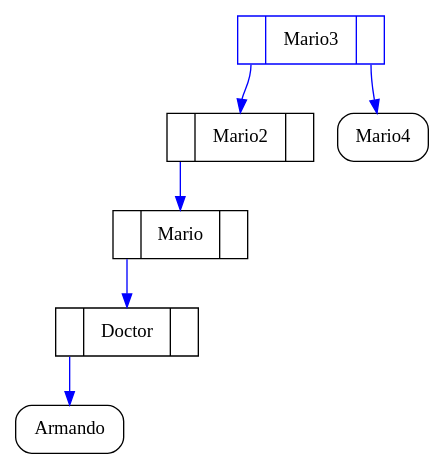
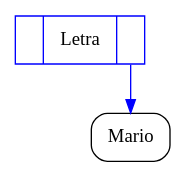
One commit to LuisRivera96/Proyecto1_EDD_USAC changed the diagram in DOT-Images/ABB.dot. Above: the diagram before and after it, drawn with Graphviz. The commit also changed 18 other files, not shown here.

```diff
--- a/DOT-Images/ABB.dot
+++ b/DOT-Images/ABB.dot
@@ -1,14 +1,7 @@
 digraph ABB{
 compound=true;
 node[shape="Mrecord"];
-Mario3:fMario3[id=Mario3, color="blue"]; 
-Mario3[label=" <NMario3I>  | <fMario3> Mario3\n | <fMario3D> " shape="record"];
-"Mario3" : NMario3I ->  Mario2:fMario2[id=Mario2, color="blue"]; 
-Mario2[label=" <NMario2I>  | <fMario2> Mario2\n | <fMario2D> " shape="record"];
-"Mario2" : NMario2I ->  Mario:fMario[id=Mario, color="blue"]; 
-Mario[label=" <NMarioI>  | <fMario> Mario\n | <fMarioD> " shape="record"];
-"Mario" : NMarioI ->  Doctor:fDoctor[id=Doctor, color="blue"]; 
-Doctor[label=" <NDoctorI>  | <fDoctor> Doctor\n | <fDoctorD> " shape="record"];
-"Doctor" : NDoctorI ->  Armando:fArmando[id=Armando, color="blue" shape="rectangle"]; 
-"Mario3" : fMario3D ->  Mario4:fMario4[id=Mario4, color="blue" shape="rectangle"]; 
+Letra:fLetra[id=Letra, color="blue"]; 
+Letra[label=" <NLetraI>  | <fLetra> Letra\n | <fLetraD> " shape="record"];
+"Letra" : fLetraD ->  Mario:fMario[id=Mario, color="blue" shape="rectangle"]; 
 }
```
